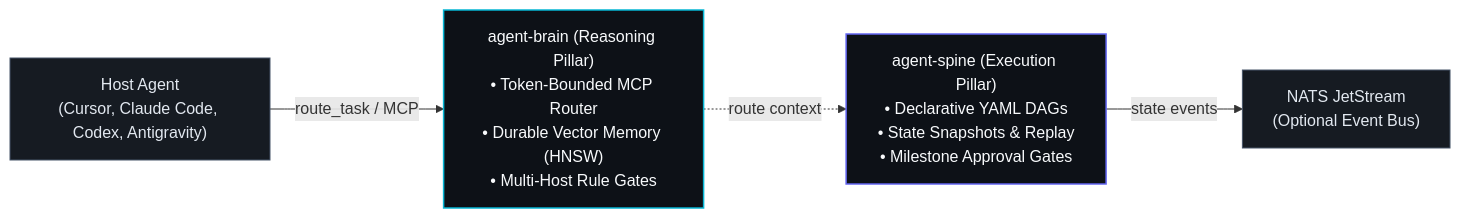
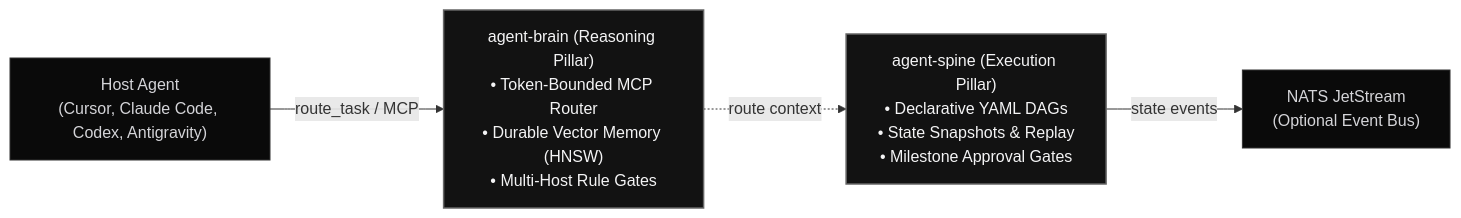
One commit to autonomic-ai-dev/website changed the diagram in src/routes/docs/+page.md. Above: the diagram before and after it, drawn with Mermaid. The commit also changed other lines of this file and 20 other files, not shown here.

First line of the commit message:
feat(ui): animate background, sync nav & footer, showcase brew & cargo, and fix monochromatic mermaid charts (#25)

````diff
--- a/src/routes/docs/+page.md
+++ b/src/routes/docs/+page.md
@@ -30,18 +27,18 @@
 ```mermaid
 flowchart LR
     Host["Host Agent\n(Cursor, Claude Code, Codex, Antigravity)"]
     Brain["agent-brain (Reasoning Pillar)\n• Token-Bounded MCP Router\n• Durable Vector Memory (HNSW)\n• Multi-Host Rule Gates"]
     Spine["agent-spine (Execution Pillar)\n• Declarative YAML DAGs\n• State Snapshots & Replay\n• Milestone Approval Gates"]
     NATS["NATS JetStream\n(Optional Event Bus)"]
 
     Host -->|route_task / MCP| Brain
     Brain -.->|route context| Spine
     Spine -->|state events| NATS
 
-    classDef brainClass fill:#0d1117,stroke:#06b6d4,stroke-width:1.5px,color:#f8fafc;
-    classDef spineClass fill:#0d1117,stroke:#6366f1,stroke-width:1.5px,color:#f8fafc;
-    classDef hostClass fill:#161b22,stroke:#475569,stroke-width:1px,color:#e2e8f0;
+    classDef brainClass fill:#121212,stroke:#666666,stroke-width:1.5px,color:#f4f4f5;
+    classDef spineClass fill:#121212,stroke:#666666,stroke-width:1.5px,color:#f4f4f5;
+    classDef hostClass fill:#0a0a0a,stroke:#333333,stroke-width:1px,color:#d4d4d8;
     class Brain brainClass;
     class Spine spineClass;
     class Host,NATS hostClass;
 ```
````
